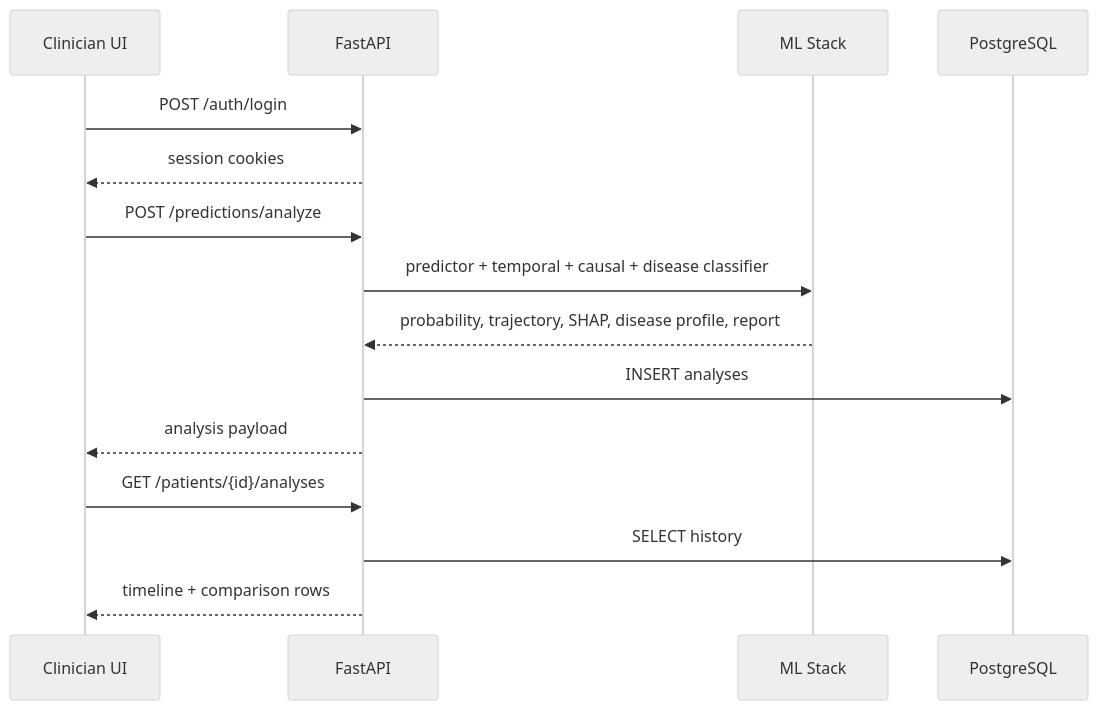
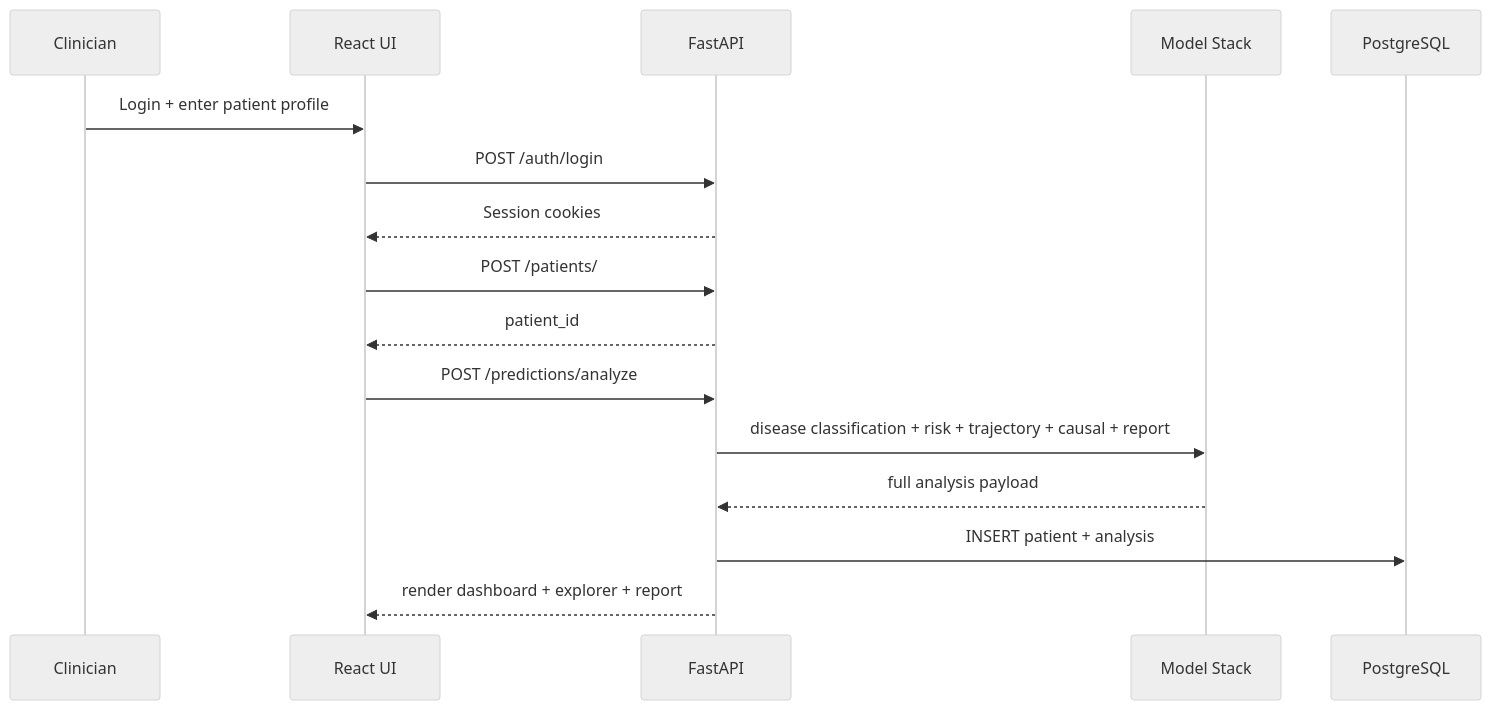
The second of 2 diagrams in README.md (DisturbedSage5840C/NeuroSynth), drawn with Mermaid (neutral theme) before and after one commit. The commit also changed other lines of this file, not shown here.

Commit message:
docs: expand README with architecture, setup, and verification playbooks

````diff
--- a/README.md
+++ b/README.md
@@ -39,18 +41,19 @@
 ```mermaid
 sequenceDiagram
-    participant U as Clinician UI
-    participant API as FastAPI
-    participant ML as ML Stack
-    participant DB as PostgreSQL
+        participant C as Clinician
+        participant UI as React UI
+        participant API as FastAPI
+        participant ML as Model Stack
+        participant DB as PostgreSQL
 
-    U->>API: POST /auth/login
-    API-->>U: session cookies
-    U->>API: POST /predictions/analyze
-    API->>ML: predictor + temporal + causal + disease classifier
-    ML-->>API: probability, trajectory, SHAP, disease profile, report
-    API->>DB: INSERT analyses
-    API-->>U: analysis payload
-    U->>API: GET /patients/{id}/analyses
-    API->>DB: SELECT history
-    API-->>U: timeline + comparison rows
+        C->>UI: Login + enter patient profile
+        UI->>API: POST /auth/login
+        API-->>UI: Session cookies
+        UI->>API: POST /patients/
+        API-->>UI: patient_id
+        UI->>API: POST /predictions/analyze
+        API->>ML: disease classification + risk + trajectory + causal + report
+        ML-->>API: full analysis payload
+        API->>DB: INSERT patient + analysis
+        API-->>UI: render dashboard + explorer + report
 ```
````
